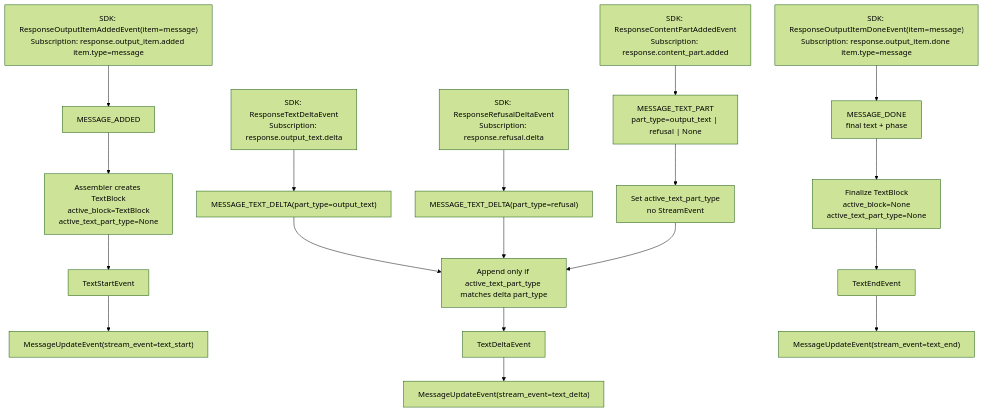
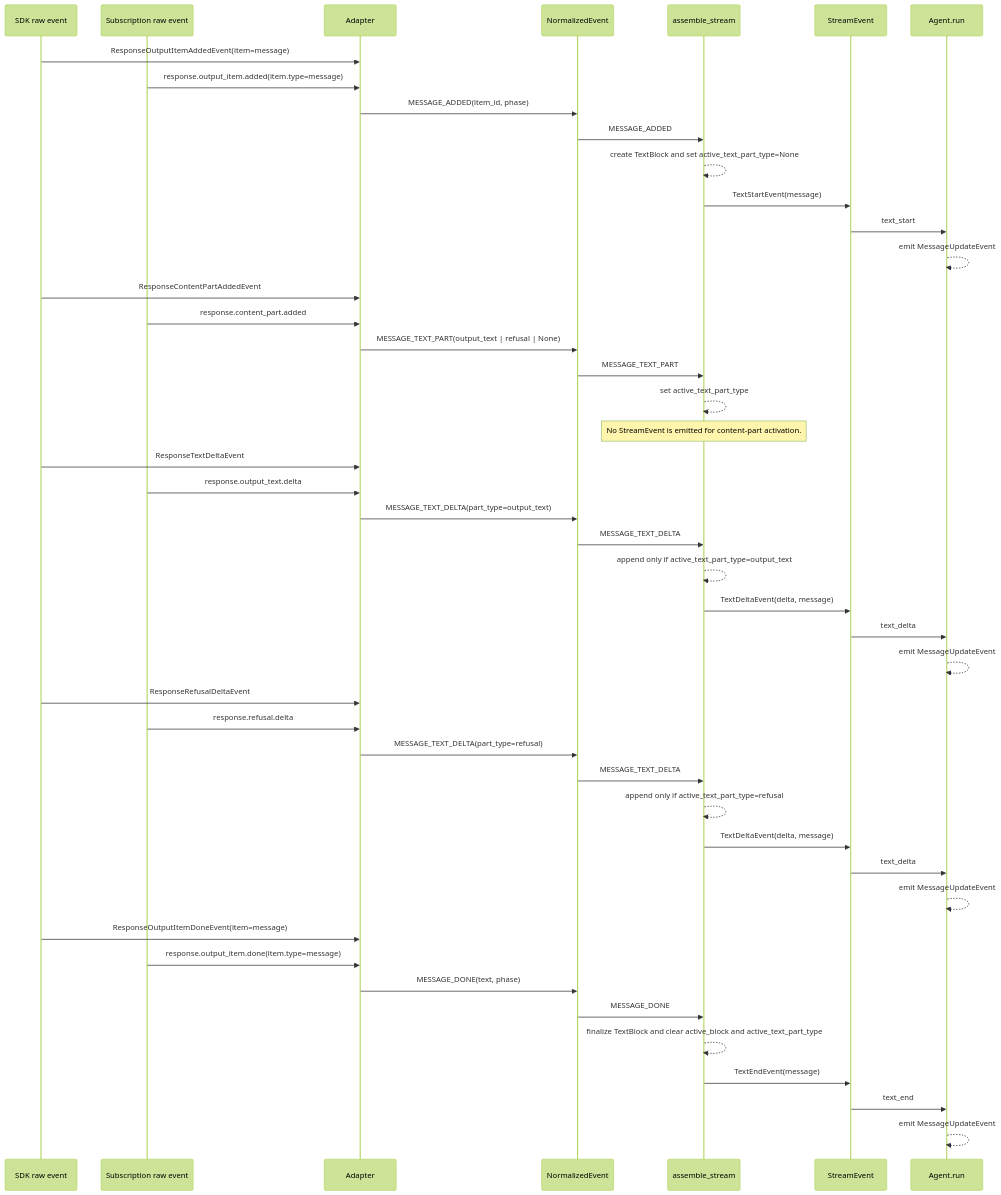
The fourth of 8 diagrams in docs/openai-stream-event-lifecycle.md (muneebshahid/tile), drawn with Mermaid (forest theme) before and after one commit. The commit also changed other lines of this file, not shown here.

Commit message:
Refactor OpenAI Stream Event Lifecycle documentation with updated Mermaid diagrams for clarity and consistency

````diff
--- a/docs/openai-stream-event-lifecycle.md
+++ b/docs/openai-stream-event-lifecycle.md
@@ -92,33 +119,53 @@
 ```mermaid
-flowchart TD
-    raw_message_added["SDK: ResponseOutputItemAddedEvent(item=message)<br/>Subscription: response.output_item.added item.type=message"]
-    normalized_message_added["MESSAGE_ADDED"]
-    start_text["Assembler creates TextBlock<br/>active_block=TextBlock<br/>active_text_part_type=None"]
-    text_start["TextStartEvent"]
-    agent_text_start["MessageUpdateEvent(stream_event=text_start)"]
+sequenceDiagram
+    participant SDK as SDK raw event
+    participant Sub as Subscription raw event
+    participant Adapter as Adapter
+    participant Norm as NormalizedEvent
+    participant Asm as assemble_stream
+    participant Stream as StreamEvent
+    participant Agent as Agent.run
 
-    raw_part_added["SDK: ResponseContentPartAddedEvent<br/>Subscription: response.content_part.added"]
-    normalized_part["MESSAGE_TEXT_PART<br/>part_type=output_text | refusal | None"]
-    activate_part["Set active_text_part_type<br/>no StreamEvent"]
+    SDK->>Adapter: ResponseOutputItemAddedEvent(item=message)
+    Sub->>Adapter: response.output_item.added(item.type=message)
+    Adapter->>Norm: MESSAGE_ADDED(item_id, phase)
+    Norm->>Asm: MESSAGE_ADDED
+    Asm-->>Asm: create TextBlock and set active_text_part_type=None
+    Asm->>Stream: TextStartEvent(message)
+    Stream->>Agent: text_start
+    Agent-->>Agent: emit MessageUpdateEvent
 
-    raw_output_delta["SDK: ResponseTextDeltaEvent<br/>Subscription: response.output_text.delta"]
-    normalized_output_delta["MESSAGE_TEXT_DELTA(part_type=output_text)"]
-    raw_refusal_delta["SDK: ResponseRefusalDeltaEvent<br/>Subscription: response.refusal.delta"]
-    normalized_refusal_delta["MESSAGE_TEXT_DELTA(part_type=refusal)"]
-    part_guard["Append only if active_text_part_type matches delta part_type"]
-    text_delta["TextDeltaEvent"]
-    agent_text_delta["MessageUpdateEvent(stream_event=text_delta)"]
+    SDK->>Adapter: ResponseContentPartAddedEvent
+    Sub->>Adapter: response.content_part.added
+    Adapter->>Norm: MESSAGE_TEXT_PART(output_text | refusal | None)
+    Norm->>Asm: MESSAGE_TEXT_PART
+    Asm-->>Asm: set active_text_part_type
+    Note over Asm: No StreamEvent is emitted for content-part activation.
 
-    raw_message_done["SDK: ResponseOutputItemDoneEvent(item=message)<br/>Subscription: response.output_item.done item.type=message"]
-    normalized_message_done["MESSAGE_DONE<br/>final text + phase"]
-    finalize_text["Finalize TextBlock<br/>active_block=None<br/>active_text_part_type=None"]
-    text_end["TextEndEvent"]
-    agent_text_end["MessageUpdateEvent(stream_event=text_end)"]
+    SDK->>Adapter: ResponseTextDeltaEvent
+    Sub->>Adapter: response.output_text.delta
+    Adapter->>Norm: MESSAGE_TEXT_DELTA(part_type=output_text)
+    Norm->>Asm: MESSAGE_TEXT_DELTA
+    Asm-->>Asm: append only if active_text_part_type=output_text
+    Asm->>Stream: TextDeltaEvent(delta, message)
+    Stream->>Agent: text_delta
+    Agent-->>Agent: emit MessageUpdateEvent
 
-    raw_message_added --> normalized_message_added --> start_text --> text_start --> agent_text_start
-    raw_part_added --> normalized_part --> activate_part
-    raw_output_delta --> normalized_output_delta --> part_guard
-    raw_refusal_delta --> normalized_refusal_delta --> part_guard
-    activate_part --> part_guard --> text_delta --> agent_text_delta
-    raw_message_done --> normalized_message_done --> finalize_text --> text_end --> agent_text_end
+    SDK->>Adapter: ResponseRefusalDeltaEvent
+    Sub->>Adapter: response.refusal.delta
+    Adapter->>Norm: MESSAGE_TEXT_DELTA(part_type=refusal)
+    Norm->>Asm: MESSAGE_TEXT_DELTA
+    Asm-->>Asm: append only if active_text_part_type=refusal
+    Asm->>Stream: TextDeltaEvent(delta, message)
+    Stream->>Agent: text_delta
+    Agent-->>Agent: emit MessageUpdateEvent
+
+    SDK->>Adapter: ResponseOutputItemDoneEvent(item=message)
+    Sub->>Adapter: response.output_item.done(item.type=message)
+    Adapter->>Norm: MESSAGE_DONE(text, phase)
+    Norm->>Asm: MESSAGE_DONE
+    Asm-->>Asm: finalize TextBlock and clear active_block and active_text_part_type
+    Asm->>Stream: TextEndEvent(message)
+    Stream->>Agent: text_end
+    Agent-->>Agent: emit MessageUpdateEvent
 ```
````
